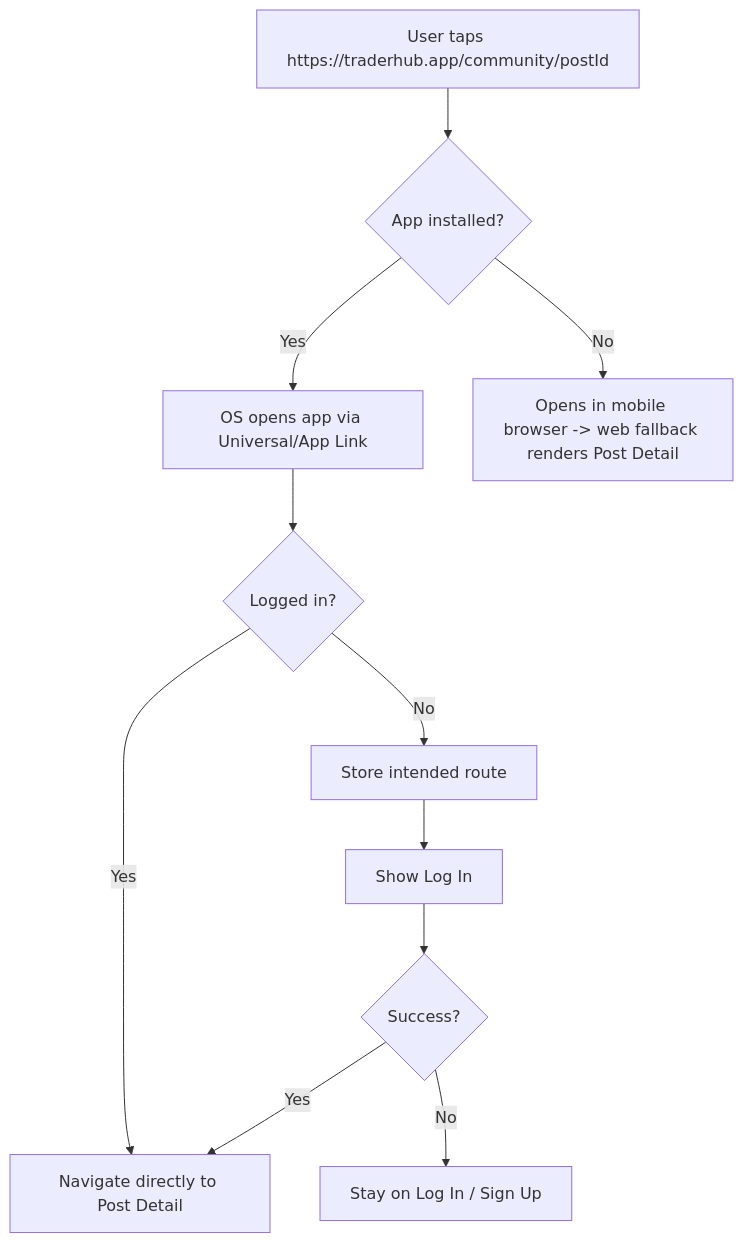
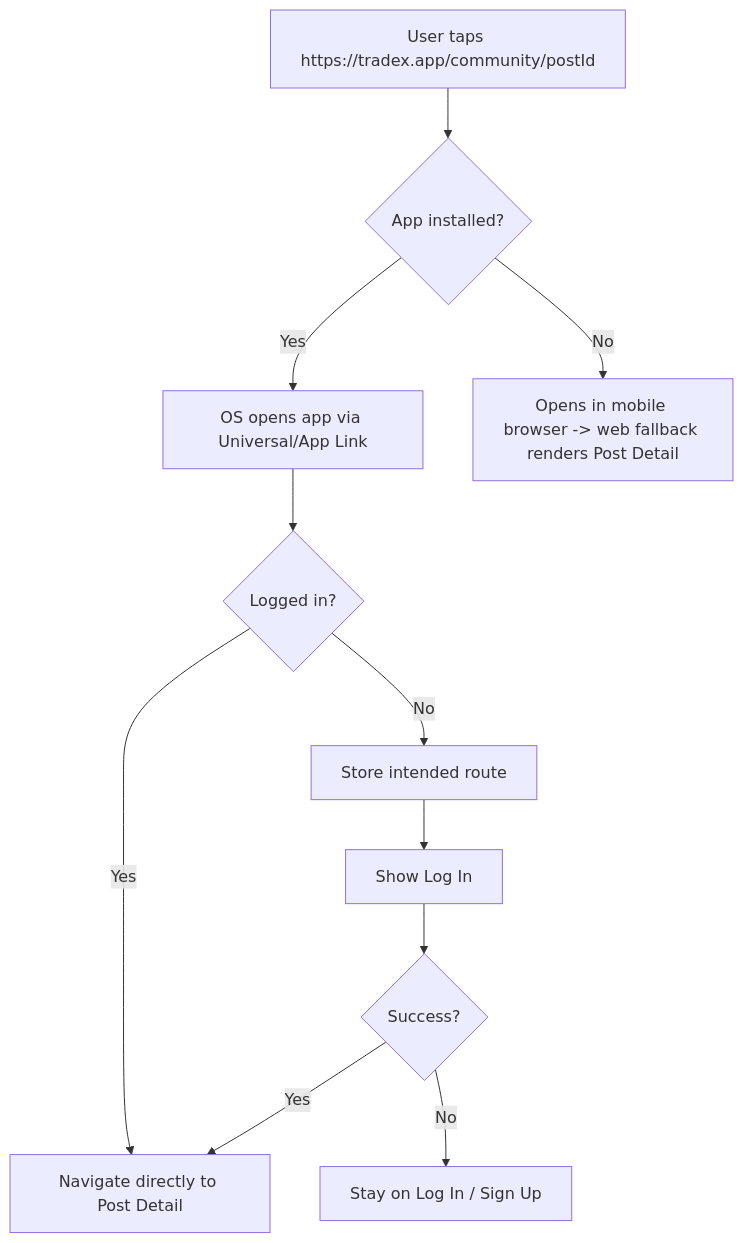
The second of 7 diagrams in docs_/03-design/DYNAMIC_LINKING.md (NK2552003/TradeX), drawn with Mermaid before and after one commit. The commit also changed other lines of this file and 365 other files, not shown here.

````diff
--- a/docs_/03-design/DYNAMIC_LINKING.md
+++ b/docs_/03-design/DYNAMIC_LINKING.md
@@ -73,11 +174,11 @@
 ```mermaid
 flowchart TD
-    A[User taps https://traderhub.app/community/postId] --> B{App installed?}
+    A[User taps https://tradex.app/community/postId] --> B{App installed?}
     B -- Yes --> C[OS opens app via Universal/App Link]
     B -- No --> D[Opens in mobile browser -> web fallback renders Post Detail]
     C --> E{Logged in?}
     E -- Yes --> F[Navigate directly to Post Detail]
     E -- No --> G[Store intended route] --> H[Show Log In] --> I{Success?}
     I -- Yes --> F
     I -- No --> J[Stay on Log In / Sign Up]
 ```
````
